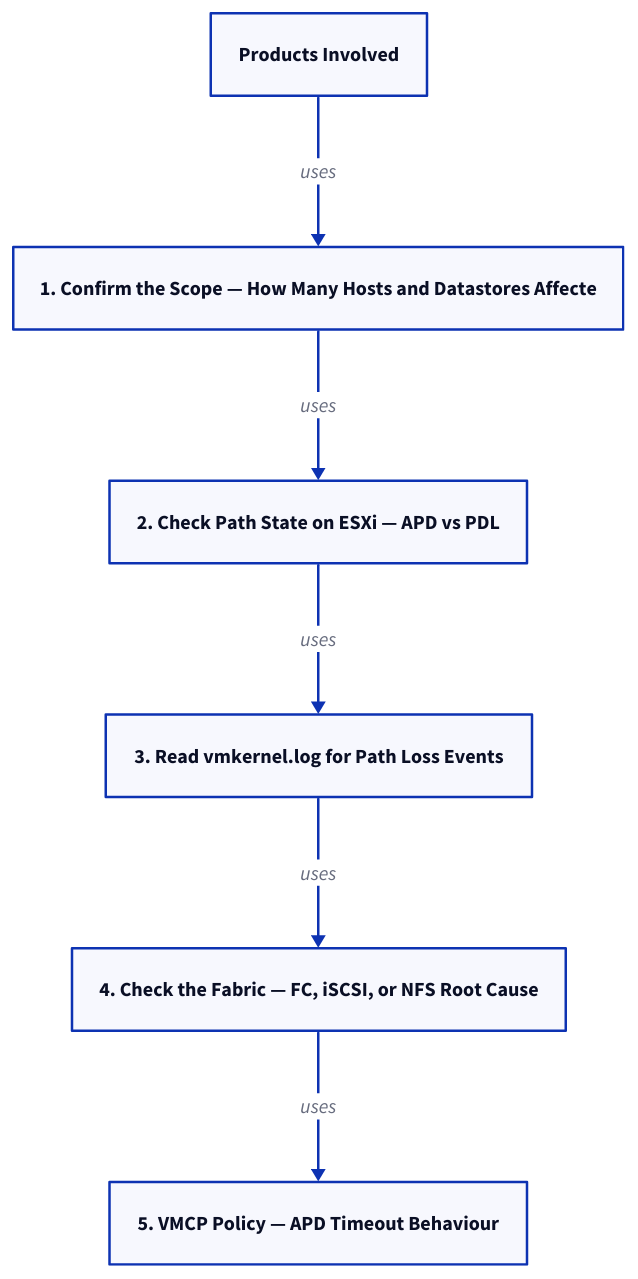
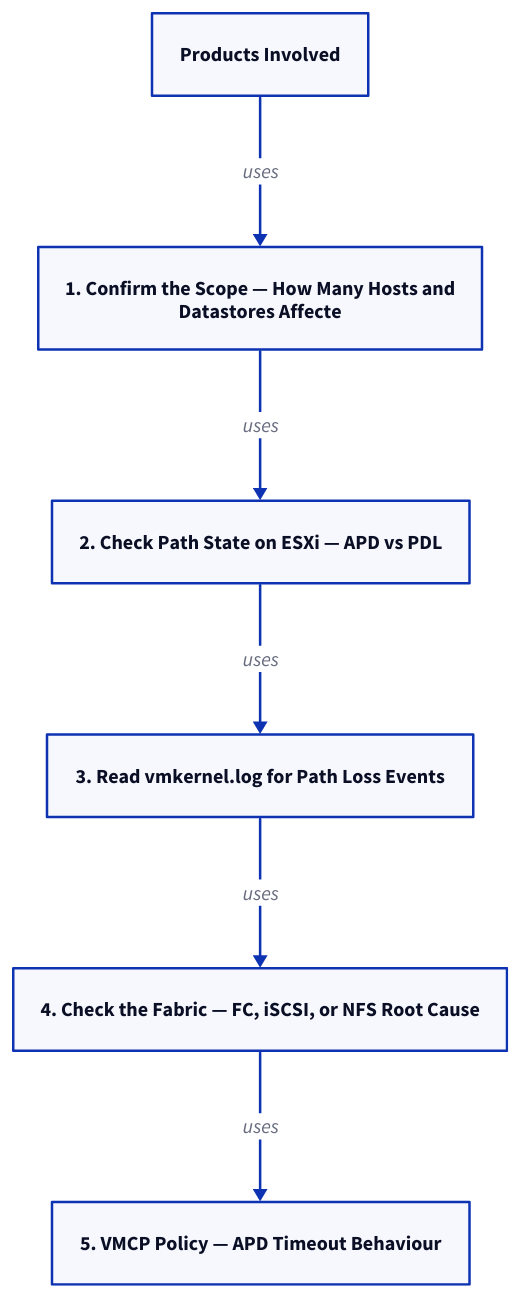
One commit to canast01/chris-kb changed the diagram in docs/virtualization/vmware/topics/scenarios/storage-apd-datastore-inaccessible.md. Above: the diagram before and after it, drawn with D2. The commit also changed other lines of this file and 192 other files, not shown here.

````diff
--- a/docs/virtualization/vmware/topics/scenarios/storage-apd-datastore-inaccessible.md
+++ b/docs/virtualization/vmware/topics/scenarios/storage-apd-datastore-inaccessible.md
@@ -17,16 +17,16 @@
 ```d2
 direction: down
 
 products_involved: "Products Involved" {shape: rectangle}
-1_confirm_the_scope_how_many_hosts_a: "1. Confirm the Scope — How Many Hosts and Datastores Affecte" {shape: rectangle}
+1_confirm_the_scope_how_many_hosts_a: "1. Confirm the Scope — How Many Hosts and\nDatastores Affecte" {shape: rectangle}
 2_check_path_state_on_esxi_apd_vs_pd: "2. Check Path State on ESXi — APD vs PDL" {shape: rectangle}
 3_read_vmkernellog_for_path_loss_eve: "3. Read vmkernel.log for Path Loss Events" {shape: rectangle}
 4_check_the_fabric_fc_iscsi_or_nfs_r: "4. Check the Fabric — FC, iSCSI, or NFS Root Cause" {shape: rectangle}
 5_vmcp_policy_apd_timeout_behaviour: "5. VMCP Policy — APD Timeout Behaviour" {shape: rectangle}
 
 products_involved -> 1_confirm_the_scope_how_many_hosts_a: uses
 1_confirm_the_scope_how_many_hosts_a -> 2_check_path_state_on_esxi_apd_vs_pd: uses
 2_check_path_state_on_esxi_apd_vs_pd -> 3_read_vmkernellog_for_path_loss_eve: uses
 3_read_vmkernellog_for_path_loss_eve -> 4_check_the_fabric_fc_iscsi_or_nfs_r: uses
 4_check_the_fabric_fc_iscsi_or_nfs_r -> 5_vmcp_policy_apd_timeout_behaviour: uses
 ```
````
